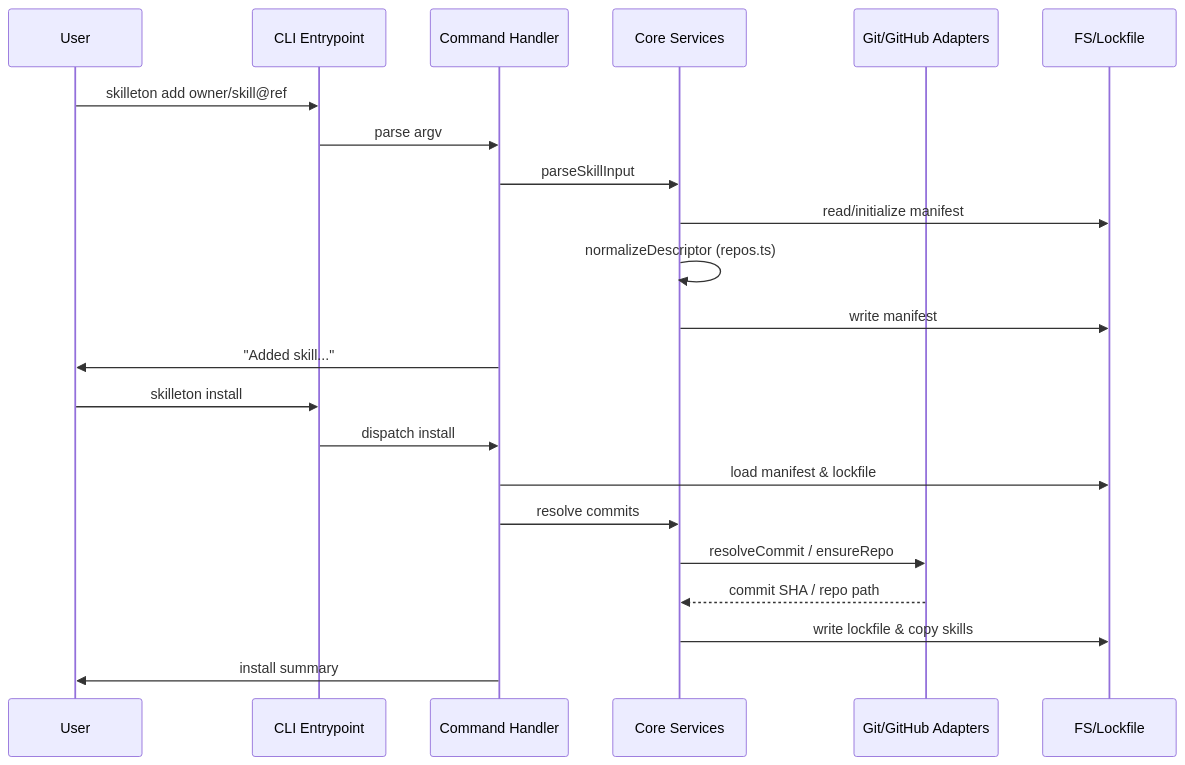
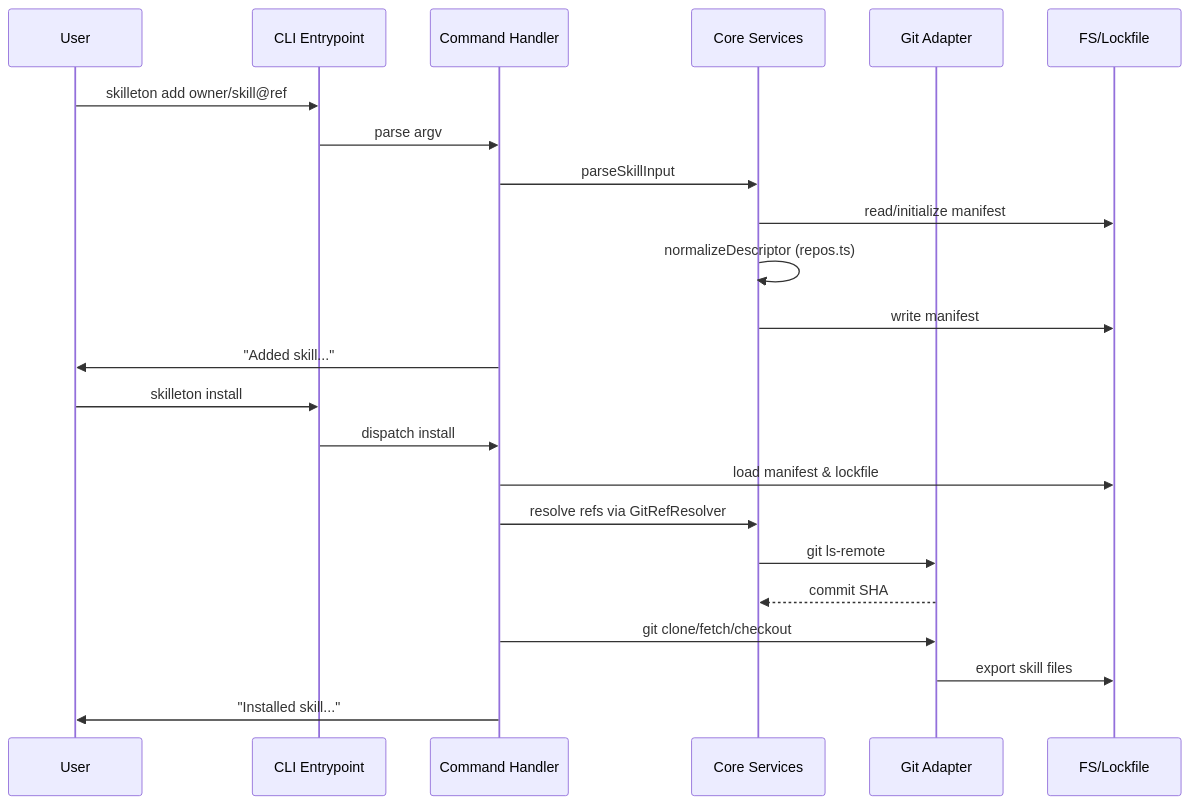
The second of 3 diagrams in docs/architecture.md (Fcmam5/skilleton), drawn with Mermaid before and after one commit. The commit also changed other lines of this file and 13 other files, not shown here.

First line of the commit message:
feat: Replace GitHub REST API with git ls-remote for ref resolution

````diff
--- a/docs/architecture.md
+++ b/docs/architecture.md
@@ -36,25 +36,26 @@
 ```mermaid
 sequenceDiagram
   participant User
   participant CLI as CLI Entrypoint
   participant Cmd as Command Handler
   participant Core as Core Services
-  participant Adapt as Git/GitHub Adapters
+  participant Adapt as Git Adapter
   participant FS as FS/Lockfile
 
   User->>CLI: skilleton add owner/skill@ref
   CLI->>Cmd: parse argv
   Cmd->>Core: parseSkillInput
   Core->>FS: read/initialize manifest
   Core->>Core: normalizeDescriptor (repos.ts)
   Core->>FS: write manifest
   Cmd->>User: "Added skill..."
   User->>CLI: skilleton install
   CLI->>Cmd: dispatch install
   Cmd->>FS: load manifest & lockfile
-  Cmd->>Core: resolve commits
-  Core->>Adapt: resolveCommit / ensureRepo
-  Adapt-->>Core: commit SHA / repo path
-  Core->>FS: write lockfile & copy skills
-  Cmd->>User: install summary
+  Cmd->>Core: resolve refs via GitRefResolver
+  Core->>Adapt: git ls-remote
+  Adapt-->>Core: commit SHA
+  Cmd->>Adapt: git clone/fetch/checkout
+  Adapt->>FS: export skill files
+  Cmd->>User: "Installed skill..."
 ```
````
